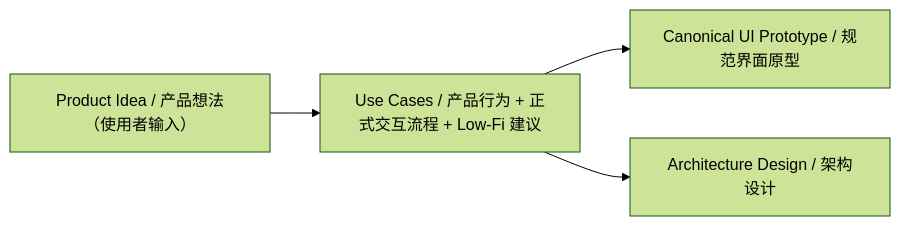
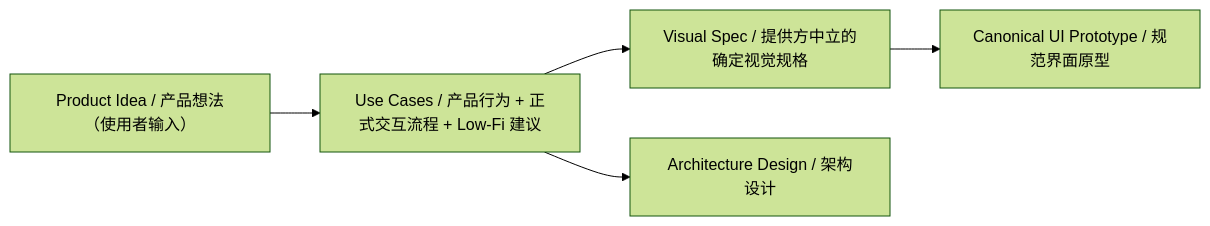
The first of 3 diagrams in templates/workspace/README.md (bigsmartben/pre-sdd), drawn with Mermaid (forest theme) before and after one commit. The commit also changed other lines of this file and 37 other files, not shown here.

Commit message:
Add Visual Spec intake and bind UI drafts to upstream inputs

````diff
--- a/templates/workspace/README.md
+++ b/templates/workspace/README.md
@@ -34,6 +34,7 @@
 ```mermaid
 flowchart LR
     I["Product Idea / 产品想法（使用者输入）"] --> U["Use Cases / 产品行为 + 正式交互流程 + Low-Fi 建议"]
-    U --> C["Canonical UI Prototype / 规范界面原型"]
+    U --> V["Visual Spec / 提供方中立的确定视觉规格"]
+    V --> C["Canonical UI Prototype / 规范界面原型"]
     U --> A["Architecture Design / 架构设计"]
 ```
````
